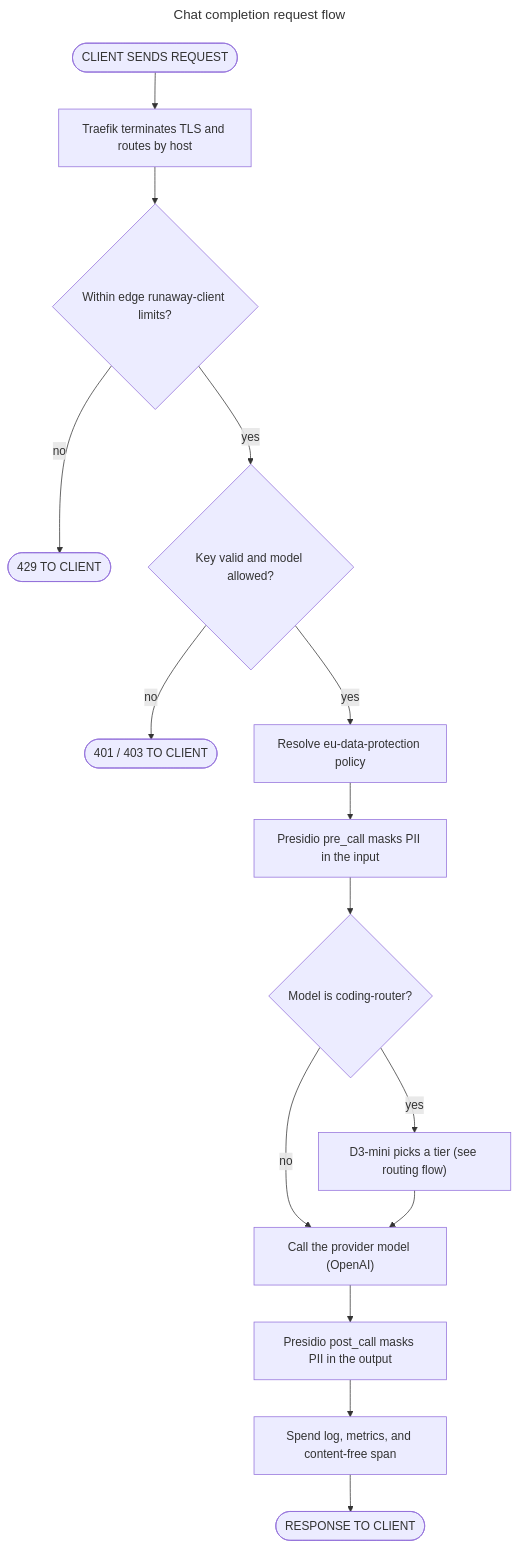
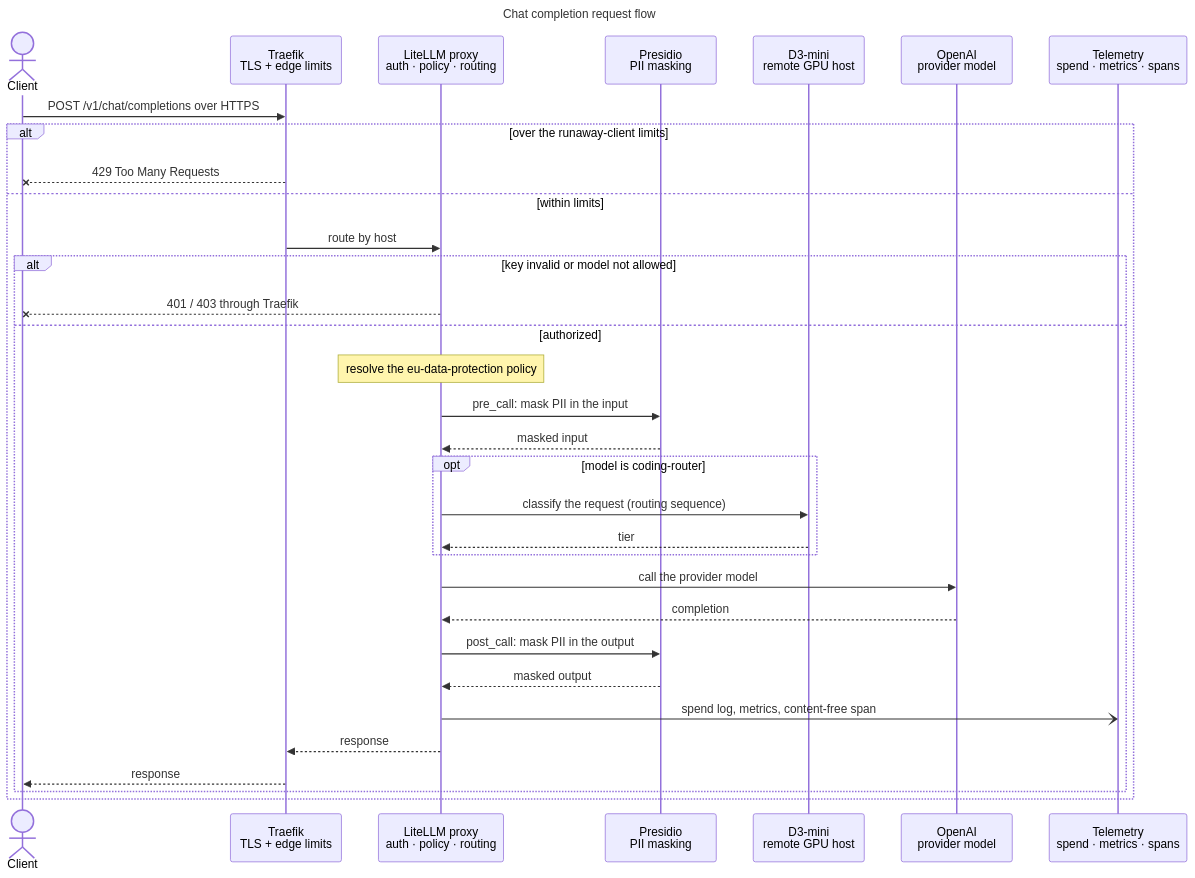
The diagram in diagrams/10-chat-request-flow.mmd (bella-1337/effective-spoon), drawn with Mermaid before and after one commit. The commit also changed 27 other files, not shown here.

First line of the commit message:
Draw the flow diagrams as animated sequence diagrams

```diff
--- a/diagrams/10-chat-request-flow.mmd
+++ b/diagrams/10-chat-request-flow.mmd
@@ -1,37 +1,43 @@
 ---
 title: Chat completion request flow
 ---
-flowchart TD
+sequenceDiagram
   %% Source for 10-chat-request-flow.html. Edit this file, then run ./scripts/render-diagrams.py.
   %% Directives: docs in diagrams/README.md (Updating diagrams).
   %% @subtitle From the client's HTTPS call to the response, through edge limits, authentication, policy, PII masking, routing, and telemetry
+  %% @type cloud: TR
+  %% @type security: PR
+  %% @type external: D3 OAI
+  %% @type database: OBS
+  actor C as Client
+  participant TR as Traefik<br/>TLS + edge limits
+  participant LL as LiteLLM proxy<br/>auth · policy · routing
+  participant PR as Presidio<br/>PII masking
+  participant D3 as D3-mini<br/>remote GPU host
+  participant OAI as OpenAI<br/>provider model
+  participant OBS as Telemetry<br/>spend · metrics · spans
 
-  S(["CLIENT SENDS REQUEST"])
-  TLS["Traefik terminates TLS and routes by host"]
-  LIM{"Within edge runaway-client limits?"}
-  REJ(["429 TO CLIENT"])
-  AUTH{"Key valid and model allowed?"}
-  DENY(["401 / 403 TO CLIENT"])
-  POL["Resolve eu-data-protection policy"]
-  PRE["Presidio pre_call masks PII in the input"]
-  RT{"Model is coding-router?"}
-  D3["D3-mini picks a tier (see routing flow)"]
-  PROV["Call the provider model (OpenAI)"]
-  POST["Presidio post_call masks PII in the output"]
-  TEL["Spend log, metrics, and content-free span"]
-  E(["RESPONSE TO CLIENT"])
-
-  S --> TLS
-  TLS --> LIM
-  LIM -->|"no"| REJ
-  LIM -->|"yes"| AUTH
-  AUTH -->|"no"| DENY
-  AUTH -->|"yes"| POL
-  POL --> PRE
-  PRE --> RT
-  RT -->|"yes"| D3
-  RT -->|"no"| PROV
-  D3 --> PROV
-  PROV --> POST
-  POST --> TEL
-  TEL --> E
+  C->>TR: POST /v1/chat/completions over HTTPS
+  alt over the runaway-client limits
+    TR--xC: 429 Too Many Requests
+  else within limits
+    TR->>LL: route by host
+    alt key invalid or model not allowed
+      LL--xC: 401 / 403 through Traefik
+    else authorized
+      Note over LL: resolve the eu-data-protection policy
+      LL->>PR: pre_call: mask PII in the input
+      PR-->>LL: masked input
+      opt model is coding-router
+        LL->>D3: classify the request (routing sequence)
+        D3-->>LL: tier
+      end
+      LL->>OAI: call the provider model
+      OAI-->>LL: completion
+      LL->>PR: post_call: mask PII in the output
+      PR-->>LL: masked output
+      LL-)OBS: spend log, metrics, content-free span
+      LL-->>TR: response
+      TR-->>C: response
+    end
+  end
```
